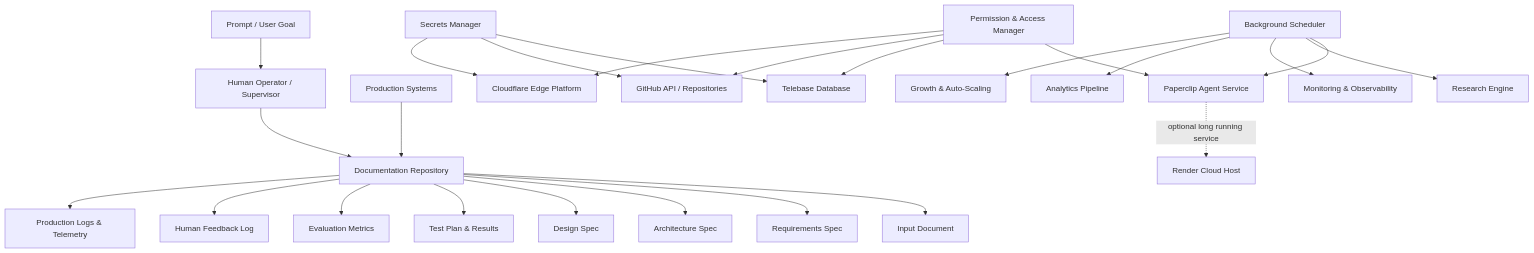
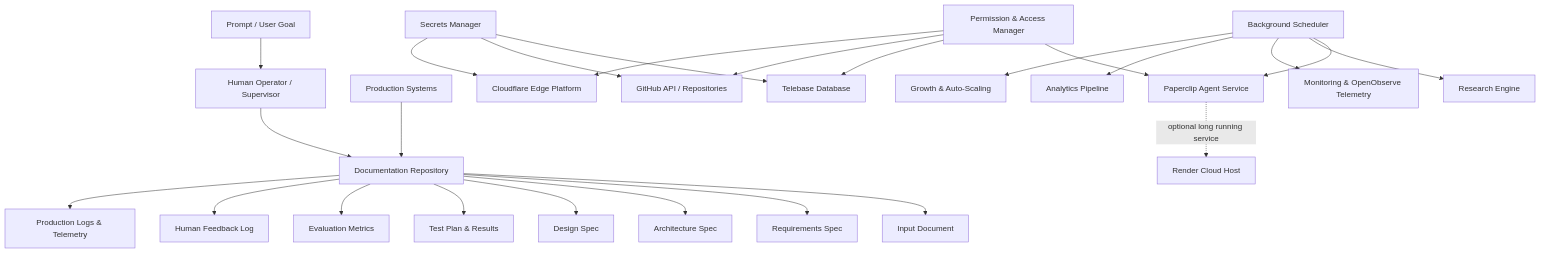
One commit to domainexpanders7-svg/automation-for-small-websites- changed the diagram in ARCHITECTURE.md. Above: the diagram before and after it, drawn with Mermaid. The commit also changed 3 other files, not shown here.

Commit message:
Added OpenObserve observability service and autonomous automation runner

````diff
--- a/ARCHITECTURE.md
+++ b/ARCHITECTURE.md
@@ -10,32 +10,32 @@
 ```mermaid
 flowchart TD
     PROMPT[Prompt / User Goal] --> HUMAN[Human Operator / Supervisor]
     HUMAN --> DOCUMENTS[Documentation Repository]
     PRODUCTION[Production Systems] --> DOCUMENTS
 
     DOCUMENTS --> INPUT_DOC[Input Document]
     DOCUMENTS --> REQUIREMENT_DOC[Requirements Spec]
     DOCUMENTS --> ARCH_DOC_STORE[Architecture Spec]
     DOCUMENTS --> DESIGN_DOC[Design Spec]
     DOCUMENTS --> TEST_DOC[Test Plan & Results]
     DOCUMENTS --> EVAL_DOC[Evaluation Metrics]
     DOCUMENTS --> HUMAN_DOC[Human Feedback Log]
     DOCUMENTS --> PROD_DOC[Production Logs & Telemetry]
 
     PERMISSION[Permission & Access Manager] --> PAPERCLIP[Paperclip Agent Service]
     PERMISSION --> TELEBASE[Telebase Database]
     PERMISSION --> GITHUB[GitHub API / Repositories]
     PERMISSION --> CLOUDFLARE[Cloudflare Edge Platform]
 
     SECRETS[Secrets Manager] --> TELEBASE
     SECRETS --> GITHUB
     SECRETS --> CLOUDFLARE
 
     SCHEDULER[Background Scheduler] --> PAPERCLIP
     SCHEDULER --> RESEARCH[Research Engine]
-    SCHEDULER --> MONITOR[Monitoring & Observability]
+    SCHEDULER --> MONITOR[Monitoring & OpenObserve Telemetry]
     SCHEDULER --> ANALYTICS[Analytics Pipeline]
     SCHEDULER --> GROWTH[Growth & Auto-Scaling]
 
     PAPERCLIP -. optional long running service .-> RENDER[Render Cloud Host]
 ```
````
